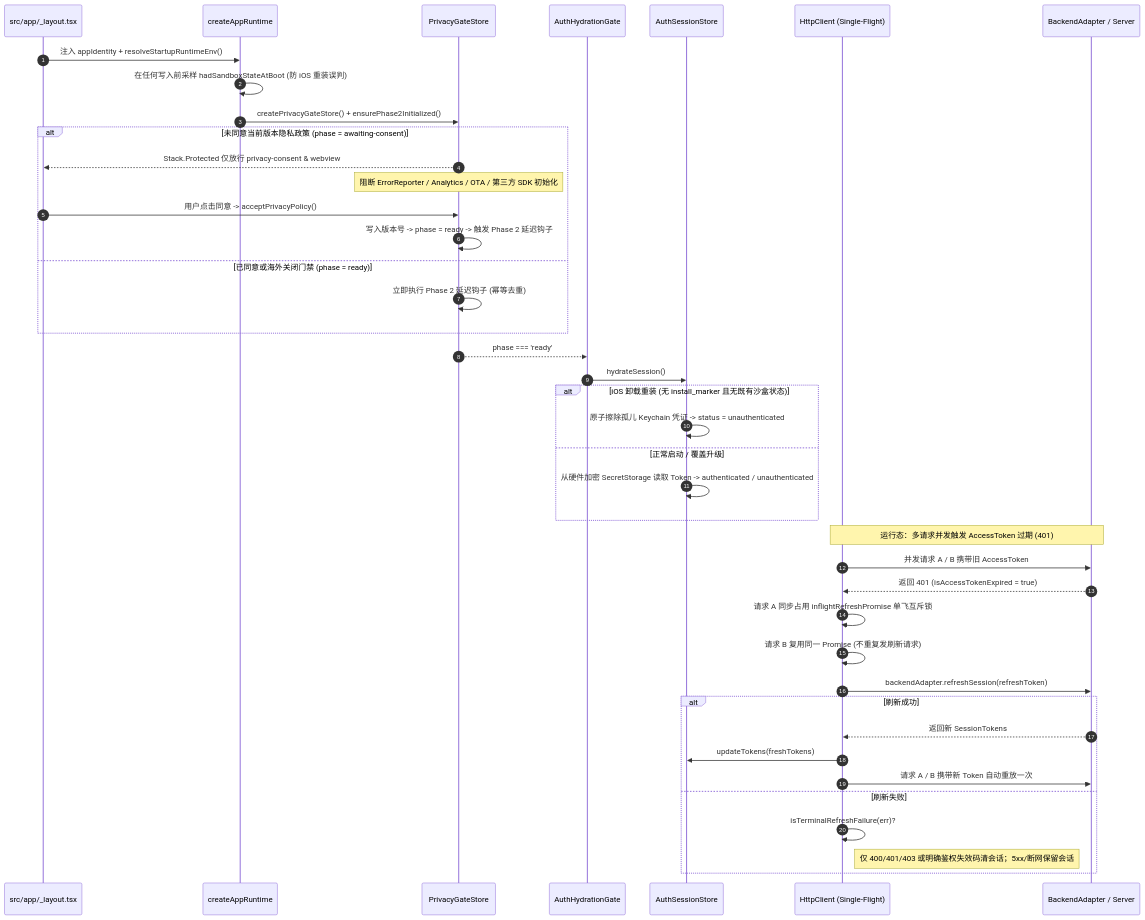
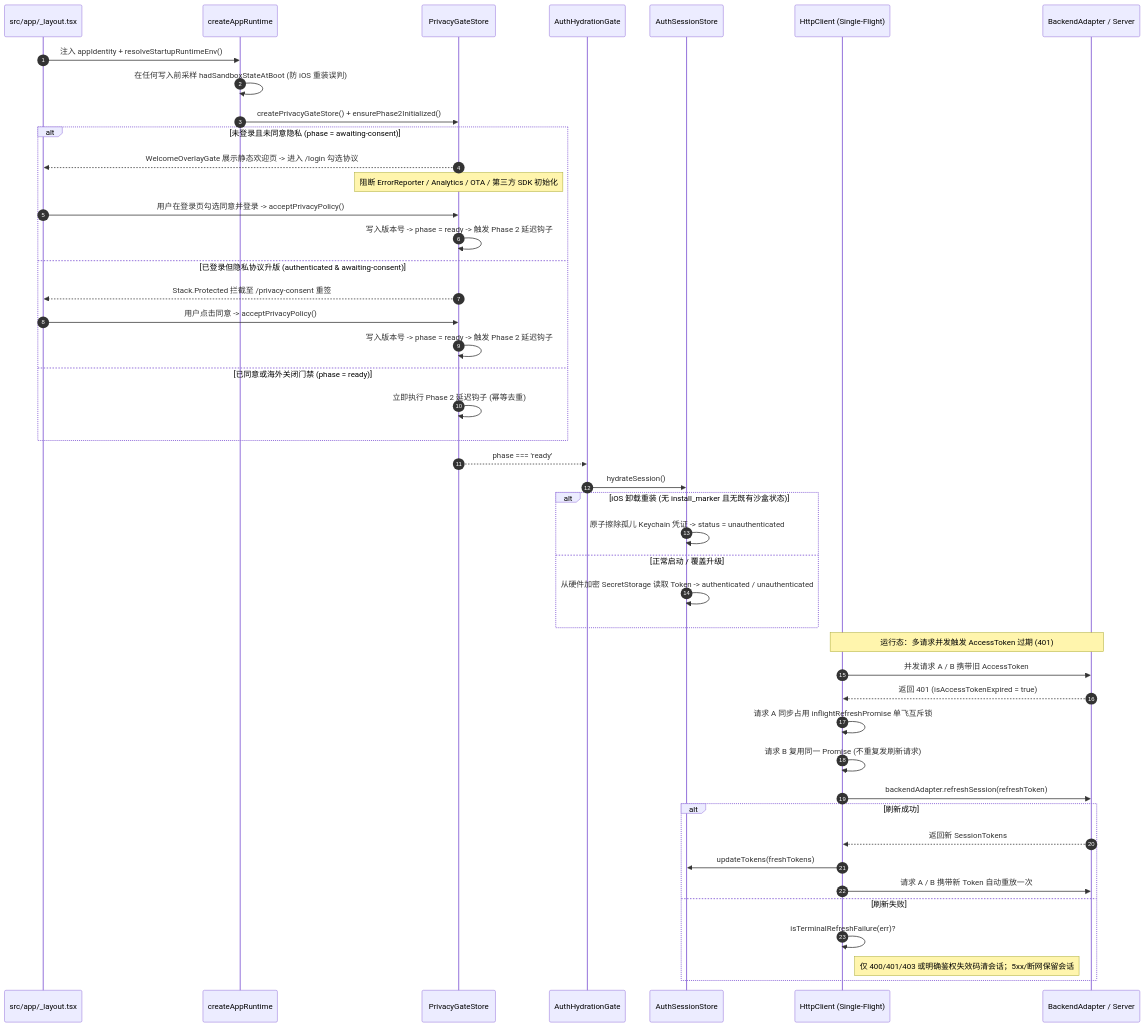
Before and after one commit to caixingorg/reactnative-zero: the second of 3 diagrams in docs/ARCHITECTURE.md, drawn with Mermaid. The commit also changed other lines of this file and 4 other files, not shown here.

Commit message:
docs: align README, CONTEXT, ARCHITECTURE, and payment docs with current codebase

````diff
--- a/docs/ARCHITECTURE.md
+++ b/docs/ARCHITECTURE.md
@@ -89,47 +89,51 @@
 ```mermaid
 sequenceDiagram
   autonumber
   participant Root as src/app/_layout.tsx
   participant RT as createAppRuntime
   participant PG as PrivacyGateStore
   participant Gate as AuthHydrationGate
   participant Auth as AuthSessionStore
   participant HTTP as HttpClient (Single-Flight)
   participant API as BackendAdapter / Server
 
   Root->>RT: 注入 appIdentity + resolveStartupRuntimeEnv()
   RT->>RT: 在任何写入前采样 hadSandboxStateAtBoot (防 iOS 重装误判)
   RT->>PG: createPrivacyGateStore() + ensurePhase2Initialized()
 
-  alt 未同意当前版本隐私政策 (phase = awaiting-consent)
-    PG-->>Root: Stack.Protected 仅放行 privacy-consent & webview
+  alt 未登录且未同意隐私 (phase = awaiting-consent)
+    PG-->>Root: WelcomeOverlayGate 展示静态欢迎页 -> 进入 /login 勾选协议
     Note over PG: 阻断 ErrorReporter / Analytics / OTA / 第三方 SDK 初始化
+    Root->>PG: 用户在登录页勾选同意并登录 -> acceptPrivacyPolicy()
+    PG->>PG: 写入版本号 -> phase = ready -> 触发 Phase 2 延迟钩子
+  else 已登录但隐私协议升版 (authenticated & awaiting-consent)
+    PG-->>Root: Stack.Protected 拦截至 /privacy-consent 重签
     Root->>PG: 用户点击同意 -> acceptPrivacyPolicy()
     PG->>PG: 写入版本号 -> phase = ready -> 触发 Phase 2 延迟钩子
   else 已同意或海外关闭门禁 (phase = ready)
     PG->>PG: 立即执行 Phase 2 延迟钩子 (幂等去重)
   end
 
   PG-->>Gate: phase === 'ready'
   Gate->>Auth: hydrateSession()
   alt iOS 卸载重装 (无 install_marker 且无既有沙盒状态)
     Auth->>Auth: 原子擦除孤儿 Keychain 凭证 -> status = unauthenticated
   else 正常启动 / 覆盖升级
     Auth->>Auth: 从硬件加密 SecretStorage 读取 Token -> authenticated / unauthenticated
   end
 
   Note over HTTP,API: 运行态：多请求并发触发 AccessToken 过期 (401)
   HTTP->>API: 并发请求 A / B 携带旧 AccessToken
   API-->>HTTP: 返回 401 (isAccessTokenExpired = true)
   HTTP->>HTTP: 请求 A 同步占用 inflightRefreshPromise 单飞互斥锁
   HTTP->>HTTP: 请求 B 复用同一 Promise (不重复发刷新请求)
   HTTP->>API: backendAdapter.refreshSession(refreshToken)
   alt 刷新成功
     API-->>HTTP: 返回新 SessionTokens
     HTTP->>Auth: updateTokens(freshTokens)
     HTTP->>API: 请求 A / B 携带新 Token 自动重放一次
   else 刷新失败
     HTTP->>HTTP: isTerminalRefreshFailure(err)?
     Note right of HTTP: 仅 400/401/403 或明确鉴权失效码清会话；5xx/断网保留会话
   end
 ```
````
